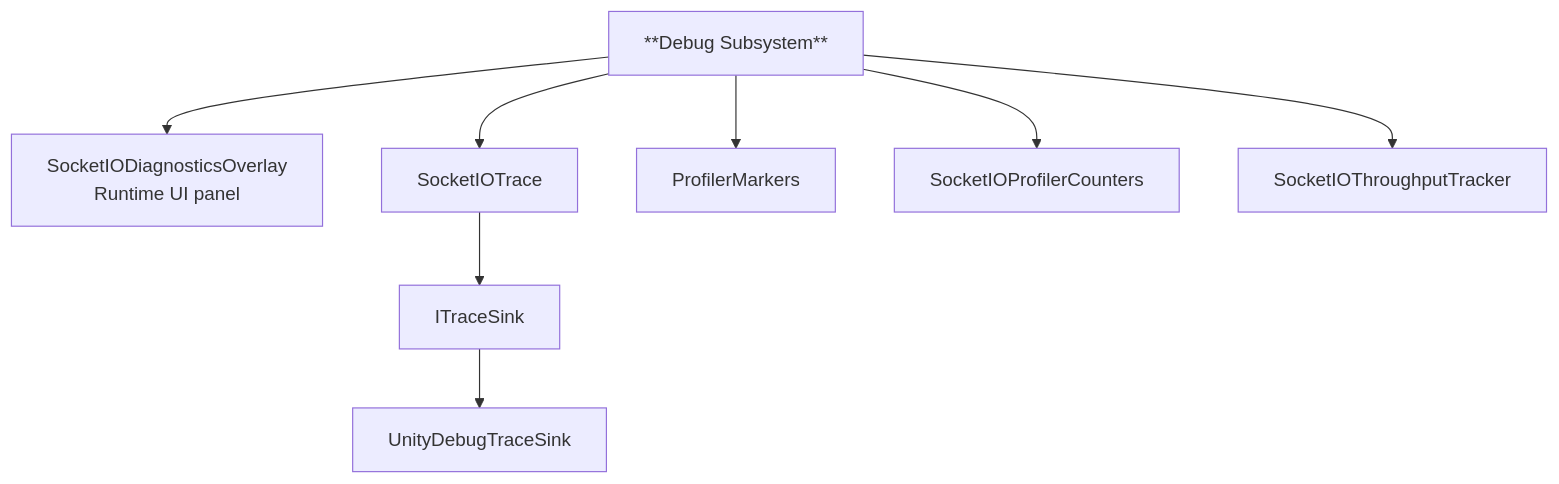
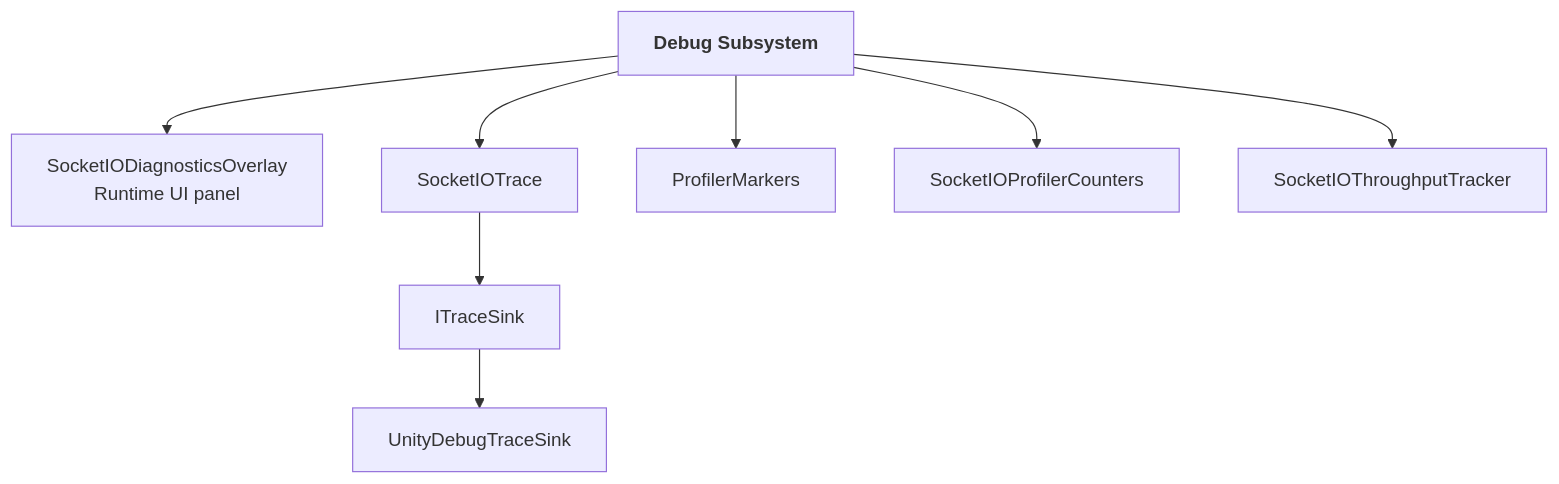
Before and after one commit to Magithar/socketio-unity: the fifth of 8 diagrams in Documentation~/ARCHITECTURE.md, drawn with Mermaid. The commit also changed other lines of this file, not shown here.

Commit message:
Release v1.3.1 - Use HTML bold tags in Mermaid node labels for correct rendering

````diff
--- a/Documentation~/ARCHITECTURE.md
+++ b/Documentation~/ARCHITECTURE.md
@@ -62,12 +62,12 @@
 ```mermaid
 graph TD
-    DBG["**Debug Subsystem**"]
+    DBG["<b>Debug Subsystem</b>"]
 
     DBG --> DIAG["SocketIODiagnosticsOverlay<br/>Runtime UI panel"]
     DBG --> TRACE["SocketIOTrace"]
     DBG --> PM["ProfilerMarkers"]
     DBG --> SPC["SocketIOProfilerCounters"]
     DBG --> STT["SocketIOThroughputTracker"]
     TRACE --> SINK["ITraceSink"]
     SINK --> UDSINK["UnityDebugTraceSink"]
 ```
````
